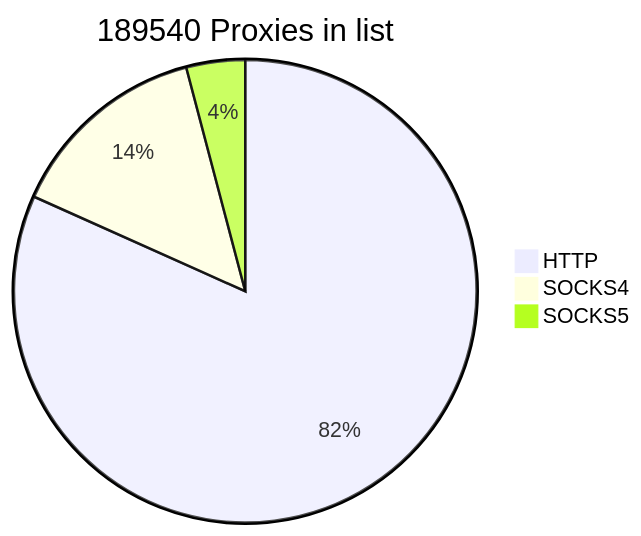
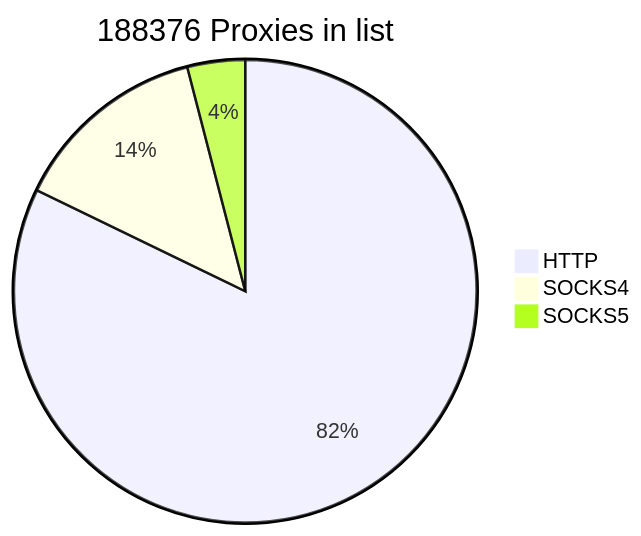
The first of 2 diagrams in README.md (cutipu/proxylist), drawn with Mermaid before and after one commit. The commit also changed other lines of this file, not shown here.

````diff
--- a/README.md
+++ b/README.md
@@ -2,7 +2,7 @@
 ```mermaid
-pie title 189540 Proxies in list
-    "HTTP" : 154853
-    "SOCKS4" : 26907
-    "SOCKS5" : 7780
+pie title 188376 Proxies in list
+    "HTTP" : 154805
+    "SOCKS4" : 25979
+    "SOCKS5" : 7592
             
 ```
````
